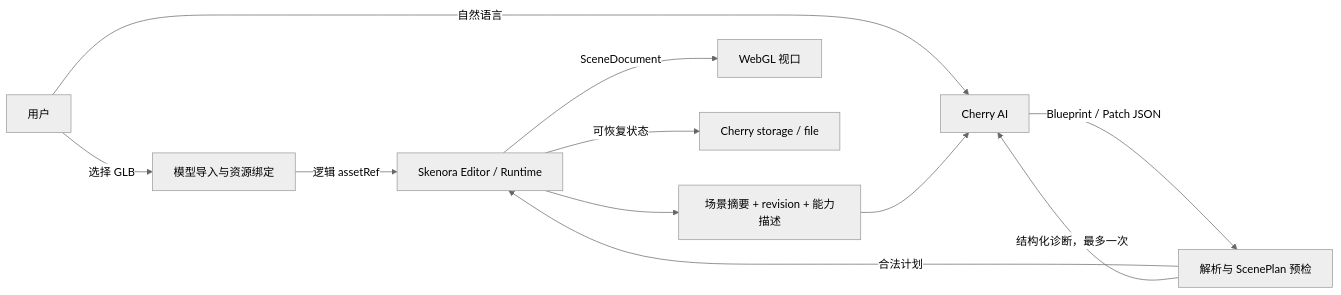
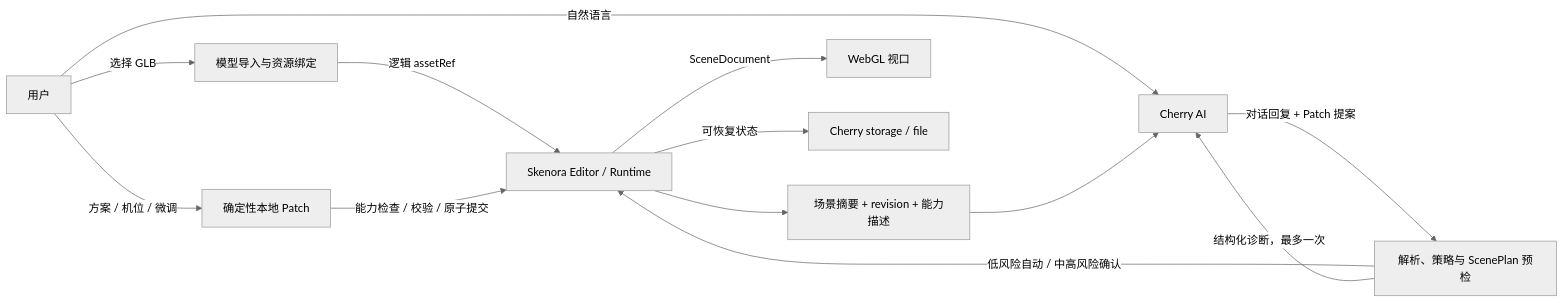
Before and after one commit to zhangjiadi225/cherry-studio-miniapp: the diagram in apps/model-stage/docs/development-plan.md, drawn with Mermaid (neutral theme). The commit also changed other lines of this file and 13 other files, not shown here.

````diff
--- a/apps/model-stage/docs/development-plan.md
+++ b/apps/model-stage/docs/development-plan.md
@@ -91,13 +97,15 @@
 ```mermaid
 flowchart LR
   U[用户] -->|选择 GLB| I[模型导入与资源绑定]
   I -->|逻辑 assetRef| S[Skenora Editor / Runtime]
+  U -->|方案 / 机位 / 微调| L[确定性本地 Patch]
+  L -->|能力检查 / 校验 / 原子提交| S
   U -->|自然语言| A[Cherry AI]
   C[场景摘要 + revision + 能力描述] --> A
-  A -->|Blueprint / Patch JSON| P[解析与 ScenePlan 预检]
-  P -->|合法计划| S
+  A -->|对话回复 + Patch 提案| P[解析、策略与 ScenePlan 预检]
+  P -->|低风险自动 / 中高风险确认| S
   P -->|结构化诊断，最多一次| A
   S -->|SceneDocument| V[WebGL 视口]
   S --> C
   S -->|可恢复状态| T[Cherry storage / file]
 ```
````
